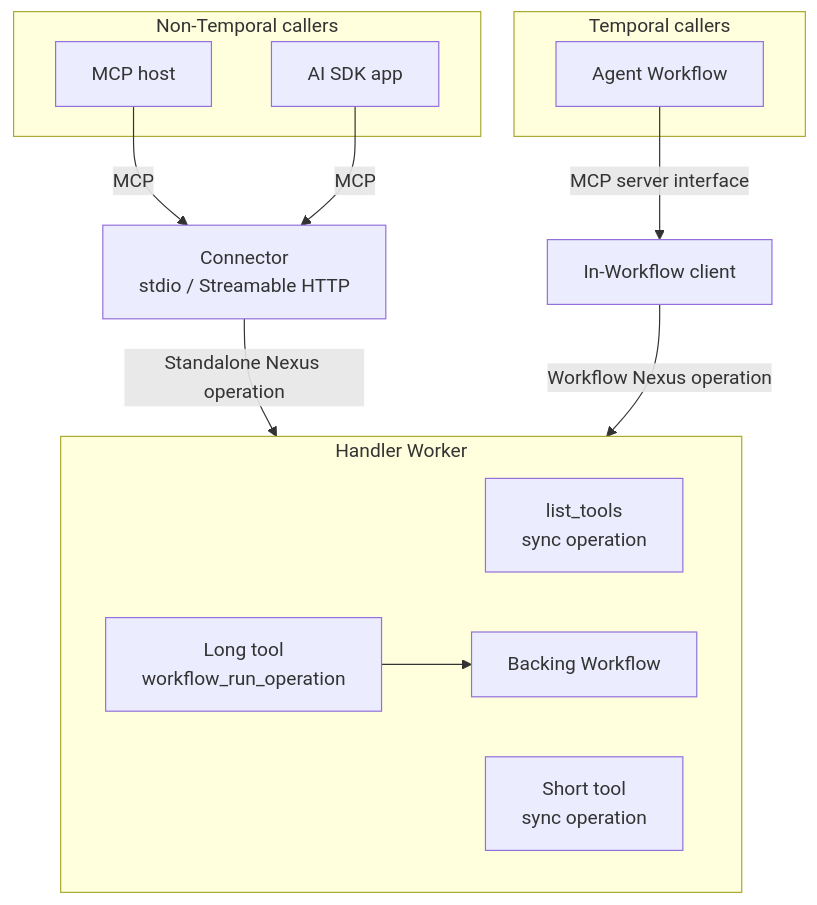
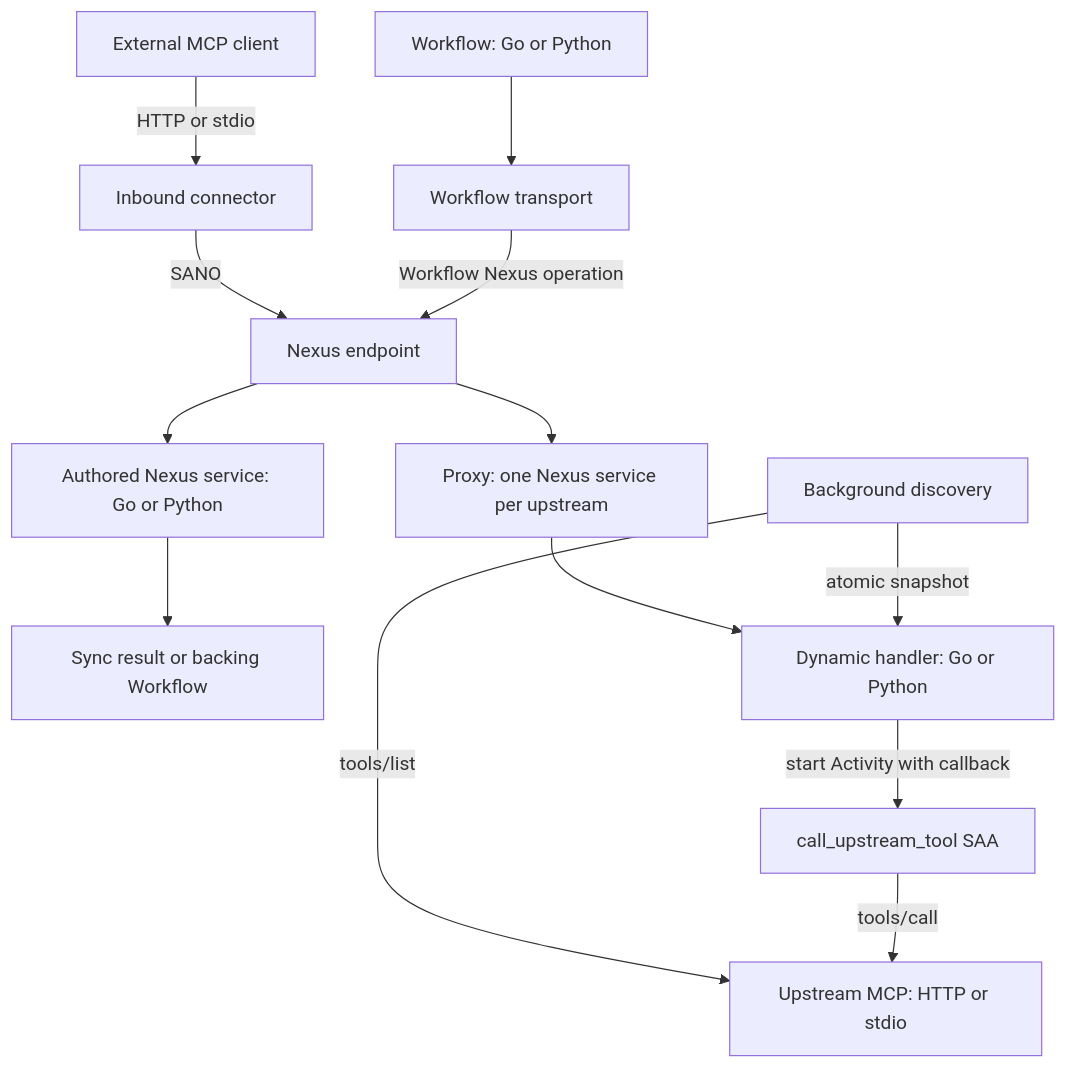
The first of 3 diagrams in ARCHITECTURE.md (long-nt-tran/durable-mcp-connector), drawn with Mermaid before and after one commit. The commit also changed other lines of this file and 102 other files, not shown here.

````diff
--- a/ARCHITECTURE.md
+++ b/ARCHITECTURE.md
@@ -21,24 +14,14 @@
 ```mermaid
 flowchart TB
-  subgraph NONTEMPORAL["Non-Temporal callers"]
-    HOST["MCP host"]
-    APP["AI SDK app"]
-  end
-  subgraph TEMPORAL["Temporal callers"]
-    WF["Agent Workflow"]
-  end
-  CONN["Connector<br>stdio / Streamable HTTP"]
-  ADP["In-Workflow client"]
-  subgraph HW["Handler Worker"]
-    LT["list_tools<br>sync operation"]
-    SHORT["Short tool<br>sync operation"]
-    LONG["Long tool<br>workflow_run_operation"]
-    BWF["Backing Workflow"]
-  end
-  HOST -->|"MCP"| CONN
-  APP -->|"MCP"| CONN
-  WF -->|"MCP server interface"| ADP
-  CONN -->|"Standalone Nexus operation"| HW
-  ADP -->|"Workflow Nexus operation"| HW
-  LONG --> BWF
+  C["External MCP client"] -->|"HTTP or stdio"| I["Inbound connector"]
+  W["Workflow: Go or Python"] --> T["Workflow transport"]
+  I -->|"SANO"| E["Nexus endpoint"]
+  T -->|"Workflow Nexus operation"| E
+  E --> A["Authored Nexus service: Go or Python"]
+  E --> P["Proxy: one Nexus service per upstream"]
+  A --> S["Sync result or backing Workflow"]
+  P --> H["Dynamic handler: Go or Python"] -->|"start Activity with callback"| R["call_upstream_tool SAA"]
+  D["Background discovery"] -->|"tools/list"| U["Upstream MCP: HTTP or stdio"]
+  D -->|"atomic snapshot"| H
+  R -->|"tools/call"| U
 ```
````
